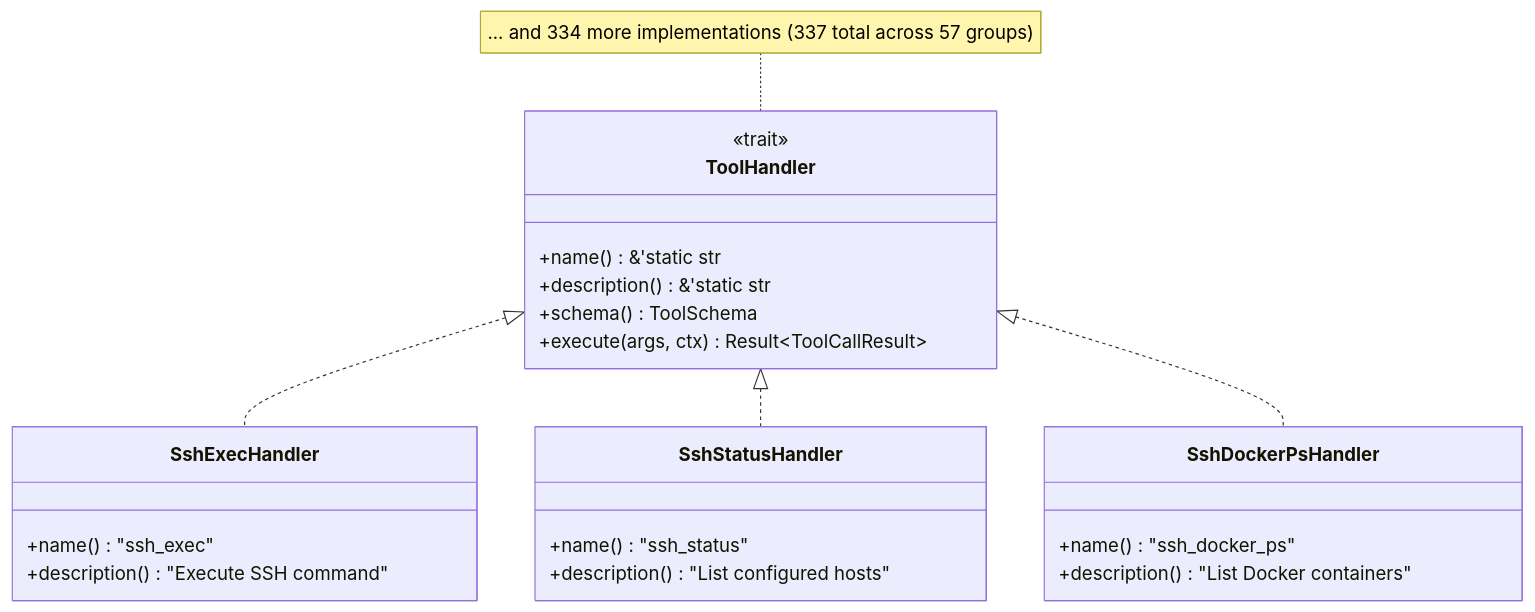
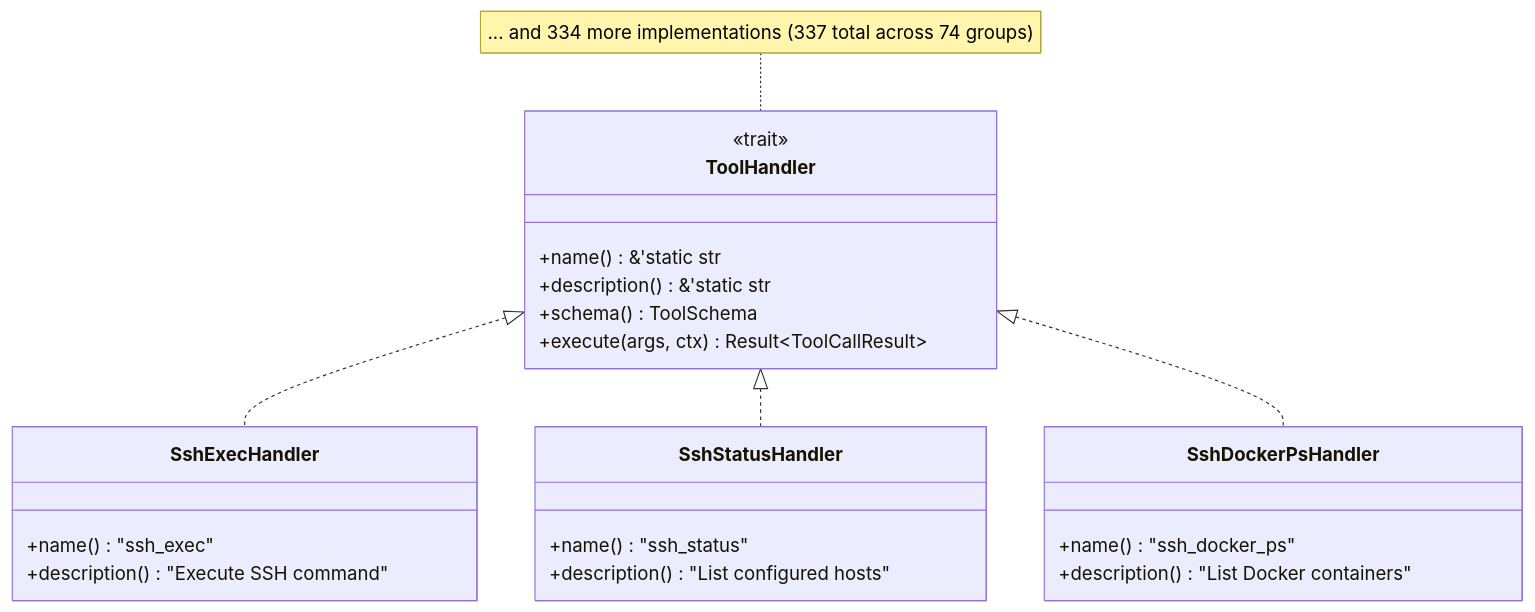
One commit to muchiny/mcp-ssh-bridge changed the second of 5 diagrams in src/ports/README.md. Above: the diagram before and after it, drawn with Mermaid. The commit also changed other lines of this file and 48 other files, not shown here.

````diff
--- a/src/ports/README.md
+++ b/src/ports/README.md
@@ -79,31 +79,31 @@
 ```mermaid
 classDiagram
     class ToolHandler {
         <<trait>>
         +name() &'static str
         +description() &'static str
         +schema() ToolSchema
         +execute(args, ctx) Result~ToolCallResult~
     }
 
     class SshExecHandler {
         +name() "ssh_exec"
         +description() "Execute SSH command"
     }
 
     class SshStatusHandler {
         +name() "ssh_status"
         +description() "List configured hosts"
     }
 
     class SshDockerPsHandler {
         +name() "ssh_docker_ps"
         +description() "List Docker containers"
     }
 
     ToolHandler <|.. SshExecHandler
     ToolHandler <|.. SshStatusHandler
     ToolHandler <|.. SshDockerPsHandler
 
-    note for ToolHandler "... and 334 more implementations (337 total across 57 groups)"
+    note for ToolHandler "... and 334 more implementations (337 total across 74 groups)"
 ```
````
